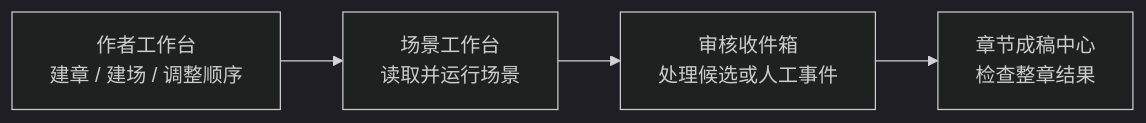
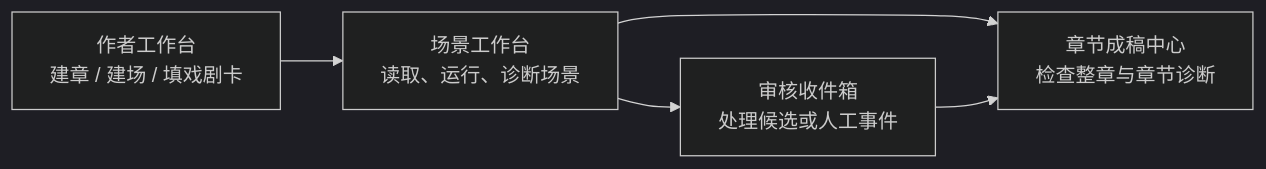
One commit to cocododo-dv/xiaoshuo changed the second of 4 diagrams in docs/operator-manual.md. Above: the diagram before and after it, drawn with Mermaid (dark theme). The commit also changed other lines of this file and 5 other files, not shown here.

````diff
--- a/docs/operator-manual.md
+++ b/docs/operator-manual.md
@@ -667,6 +708,7 @@
 ```mermaid
 flowchart LR
-    A["作者工作台<br/>建章 / 建场 / 调整顺序"] --> B["场景工作台<br/>读取并运行场景"]
+    A["作者工作台<br/>建章 / 建场 / 填戏剧卡"] --> B["场景工作台<br/>读取、运行、诊断场景"]
     B --> C["审核收件箱<br/>处理候选或人工事件"]
-    C --> D["章节成稿中心<br/>检查整章结果"]
+    B --> D["章节成稿中心<br/>检查整章与章节诊断"]
+    C --> D
 ```
````
